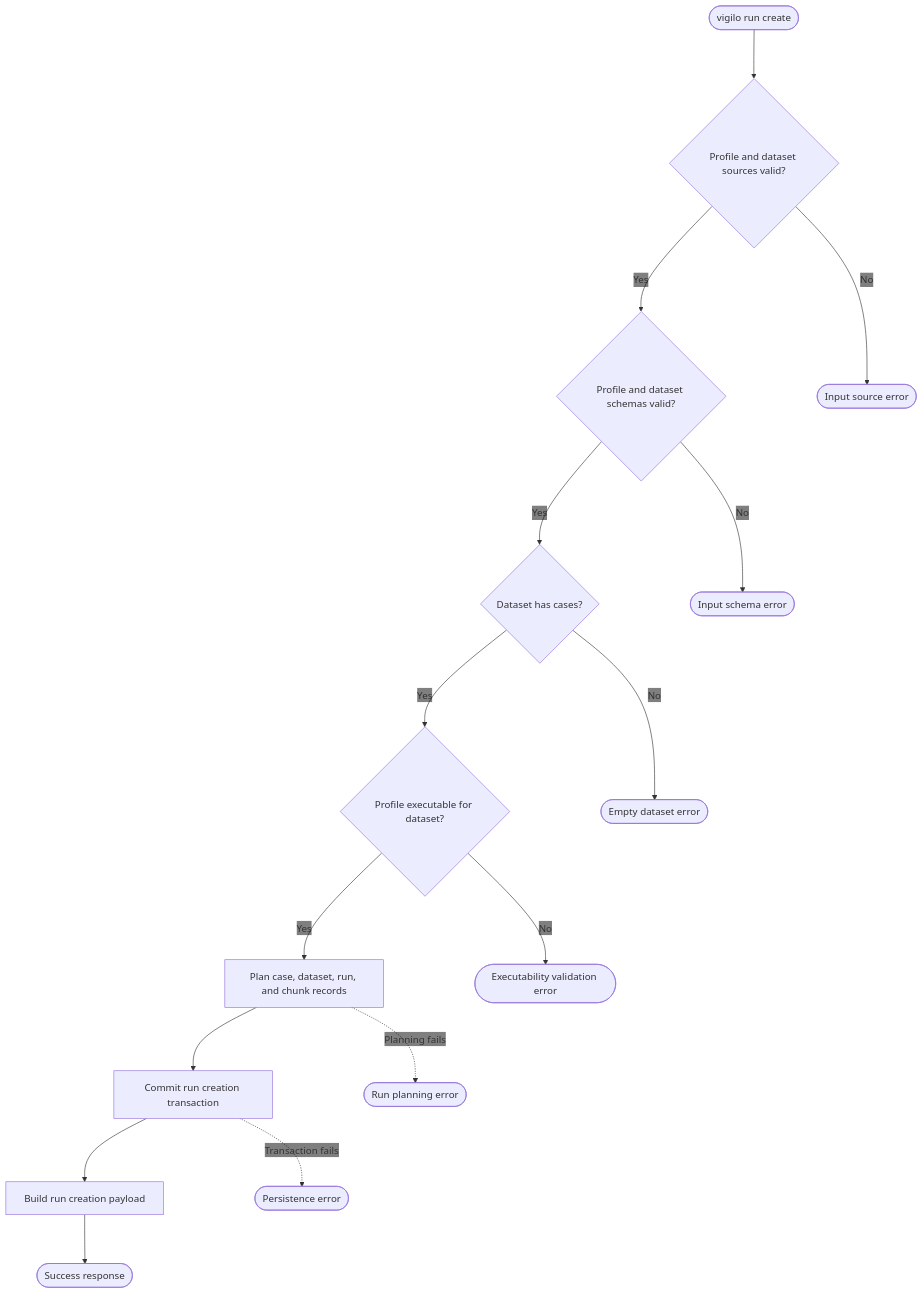
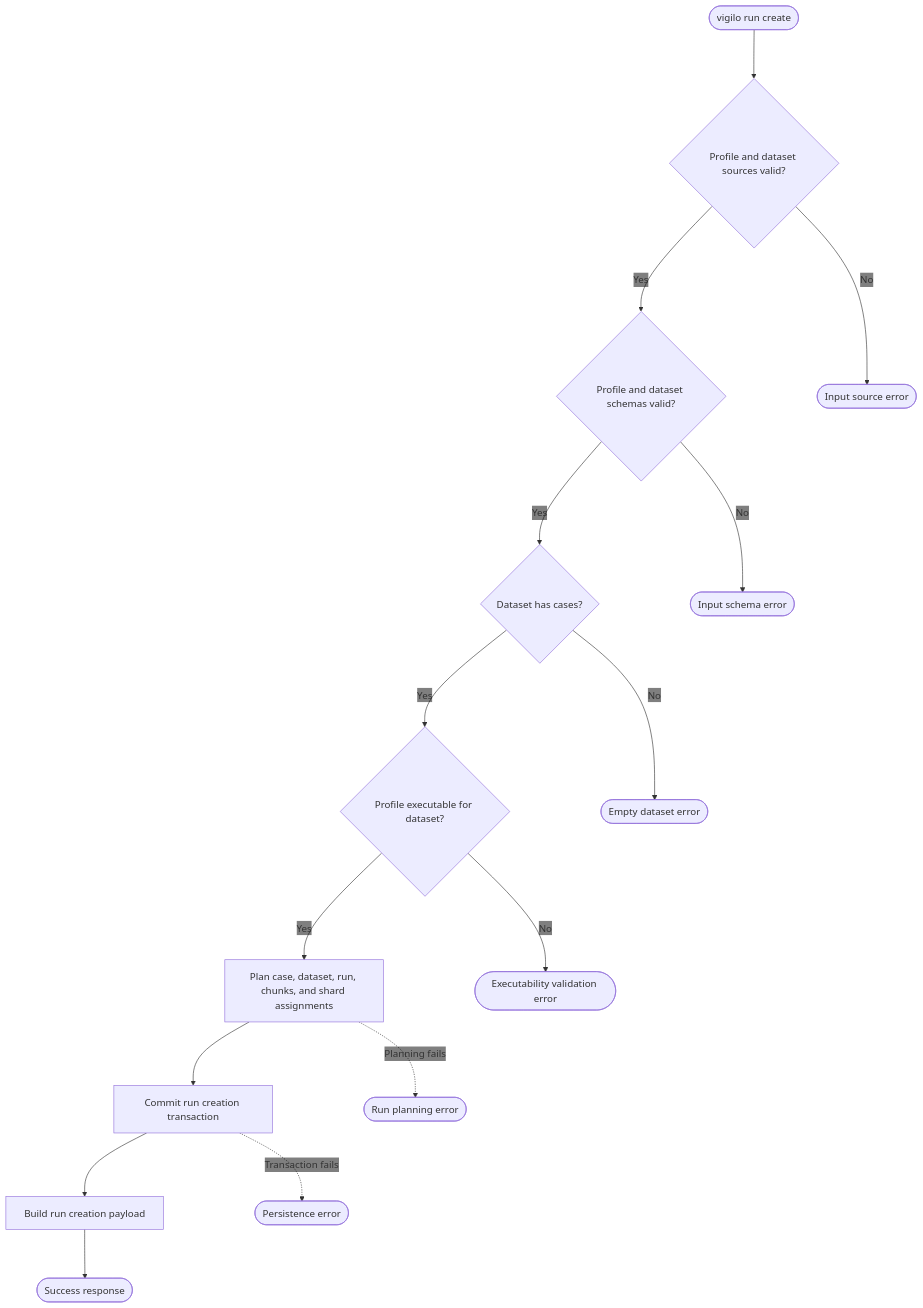
Before and after one commit to gregl83/agent-vigilo: the diagram in web/docs/architecture/flows/run/create/decision-flow.mmd, drawn with Mermaid. The commit also changed 10 other files, not shown here.

First line of the commit message:
update run create to distribute to shard placement

```diff
--- a/web/docs/architecture/flows/run/create/decision-flow.mmd
+++ b/web/docs/architecture/flows/run/create/decision-flow.mmd
@@ -1,54 +1,54 @@
 ---
 config:
   flowchart:
     nodeSpacing: 150
     rankSpacing: 80
   themeVariables:
     edgeLabelBackground: 'transparent'
 ---
 flowchart TD
     Start([vigilo run create])
 
     Sources{Profile and dataset sources valid?}
     Parse{Profile and dataset schemas valid?}
     Cases{Dataset has cases?}
     Executable{Profile executable for dataset?}
-    Plan[Plan case, dataset, run, and chunk records]
+    Plan[Plan case, dataset, run, chunks, and shard assignments]
     Persist[Commit run creation transaction]
     Payload[Build run creation payload]
 
     Success([Success response])
 
     SourceFail([Input source error])
     ParseFail([Input schema error])
     EmptyDatasetFail([Empty dataset error])
     ExecutabilityFail([Executability validation error])
     PlanningFail([Run planning error])
     PersistenceFail([Persistence error])
 
     Start --> Sources
 
     Sources -- No --> SourceFail
     Sources -- Yes --> Parse
 
     Parse -- No --> ParseFail
     Parse -- Yes --> Cases
 
     Cases -- No --> EmptyDatasetFail
     Cases -- Yes --> Executable
 
     Executable -- No --> ExecutabilityFail
     Executable -- Yes --> Plan
 
     Plan --> Persist
     Plan -. Planning fails .-> PlanningFail
 
     Persist --> Payload
     Persist -. Transaction fails .-> PersistenceFail
 
     Payload --> Success
 
     class Start command
     class Success success
     class Sources,Parse,Cases,Executable,Plan,Persist,Payload system
     class SourceFail,ParseFail,EmptyDatasetFail,ExecutabilityFail,PlanningFail,PersistenceFail error
```
